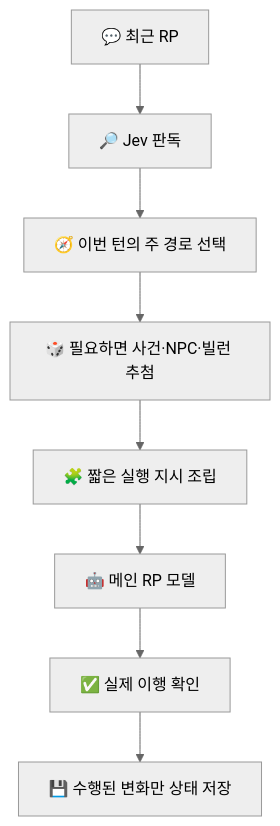
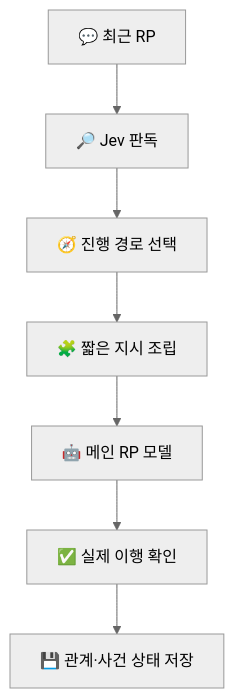
The first of 4 diagrams in README.md (bongbong11/-_-), drawn with Mermaid (neutral theme) before and after one commit. The commit also changed other lines of this file and 17 other files, not shown here.

```diff
--- a/README.md
+++ b/README.md
@@ -47,10 +39,9 @@
 ~~~mermaid
 flowchart TD
     A["💬 최근 RP"] --> B["🔎 Jev 판독"]
-    B --> C["🧭 이번 턴의 주 경로 선택"]
-    C --> D["🎲 필요하면 사건·NPC·빌런 추첨"]
-    D --> E["🧩 짧은 실행 지시 조립"]
-    E --> F["🤖 메인 RP 모델"]
-    F --> G["✅ 실제 이행 확인"]
-    G --> H["💾 수행된 변화만 상태 저장"]
+    B --> C["🧭 진행 경로 선택"]
+    C --> D["🧩 짧은 지시 조립"]
+    D --> E["🤖 메인 RP 모델"]
+    E --> F["✅ 실제 이행 확인"]
+    F --> G["💾 관계·사건 상태 저장"]
 ~~~
```
